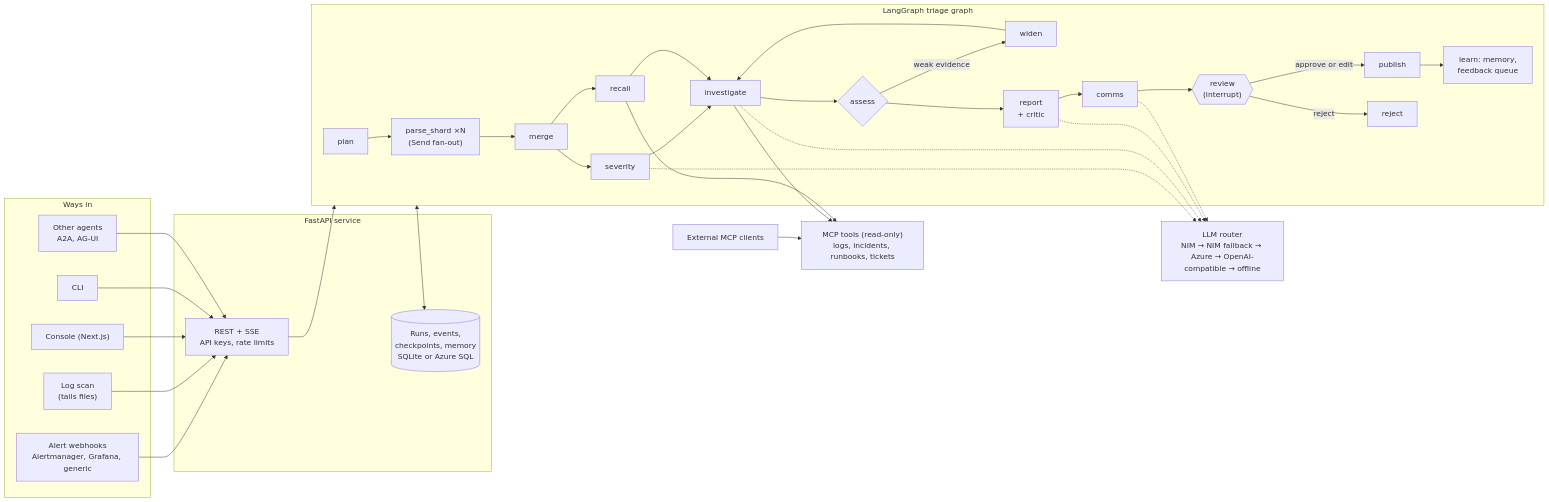
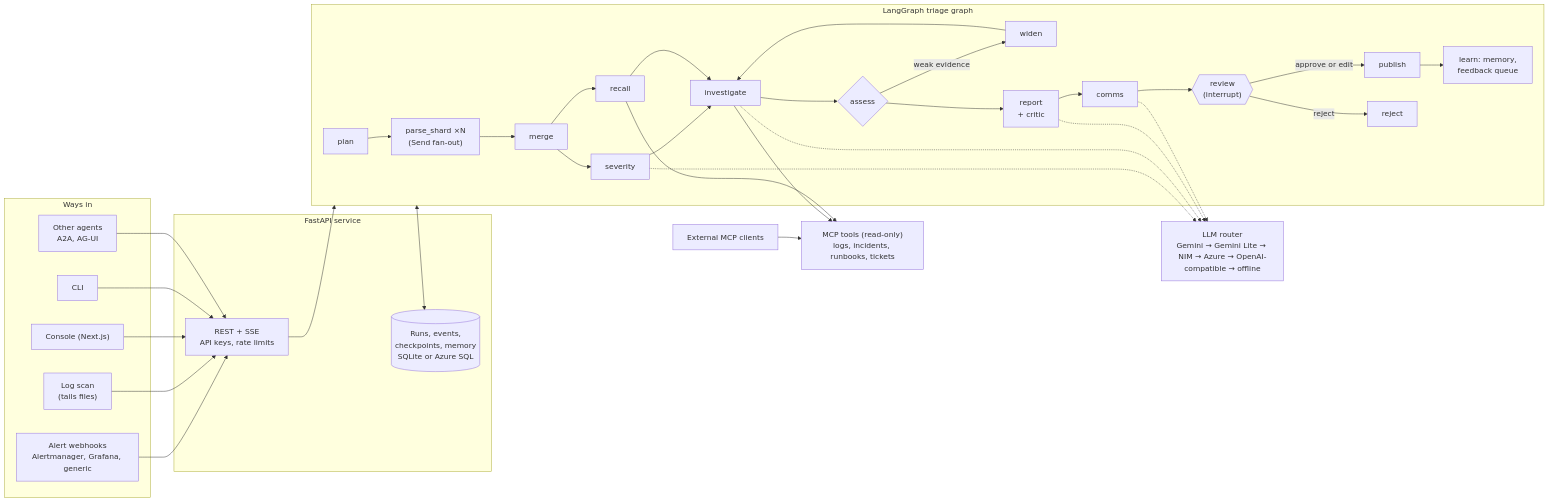
One commit to ManavParmar1609/ARIA changed the diagram in README.md. Above: the diagram before and after it, drawn with Mermaid. The commit also changed other lines of this file and 23 other files, not shown here.

````diff
--- a/README.md
+++ b/README.md
@@ -56,30 +56,30 @@
 ```mermaid
 flowchart LR
   subgraph In["Ways in"]
     W["Alert webhooks<br/>Alertmanager, Grafana, generic"]
     S["Log scan<br/>(tails files)"]
     U["Console (Next.js)"]
     C["CLI"]
     A["Other agents<br/>A2A, AG-UI"]
   end
   subgraph API["FastAPI service"]
     R["REST + SSE<br/>API keys, rate limits"]
     Q[("Runs, events,<br/>checkpoints, memory<br/>SQLite or Azure SQL")]
   end
   subgraph G["LangGraph triage graph"]
     P[plan] --> PS["parse_shard ×N<br/>(Send fan-out)"] --> M[merge]
     M --> SV[severity] & RC[recall]
     SV & RC --> I[investigate] --> AS{assess}
     AS -- "weak evidence" --> WD[widen] --> I
     AS --> RP["report<br/>+ critic"] --> CM[comms] --> RV{{"review<br/>(interrupt)"}}
     RV -- approve or edit --> PB[publish] --> L["learn: memory,<br/>feedback queue"]
     RV -- reject --> RJ[reject]
   end
   T["MCP tools (read-only)<br/>logs, incidents, runbooks, tickets"]
-  LLM["LLM router<br/>NIM → NIM fallback → Azure → OpenAI-compatible → offline"]
+  LLM["LLM router<br/>Gemini → Gemini Lite → NIM → Azure → OpenAI-compatible → offline"]
   X["External MCP clients"] --> T
   W & S & U & C & A --> R --> G
   G <--> Q
   I & RC --> T
   SV & I & RP & CM -.-> LLM
 ```
````
